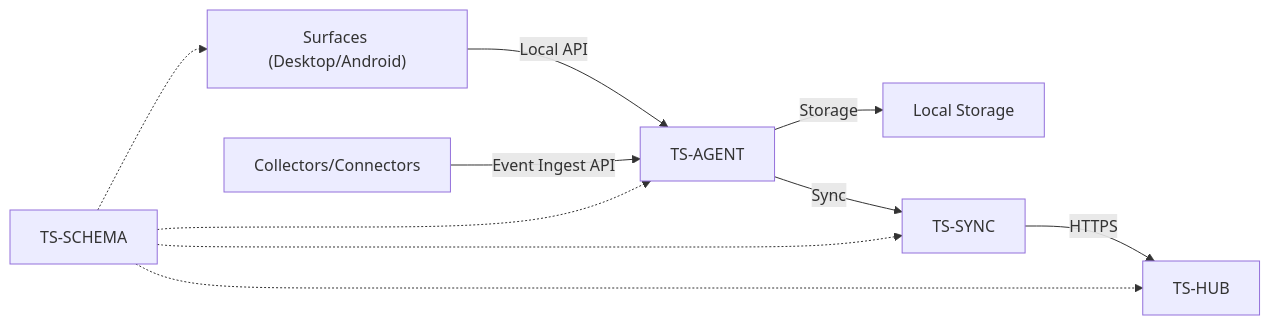
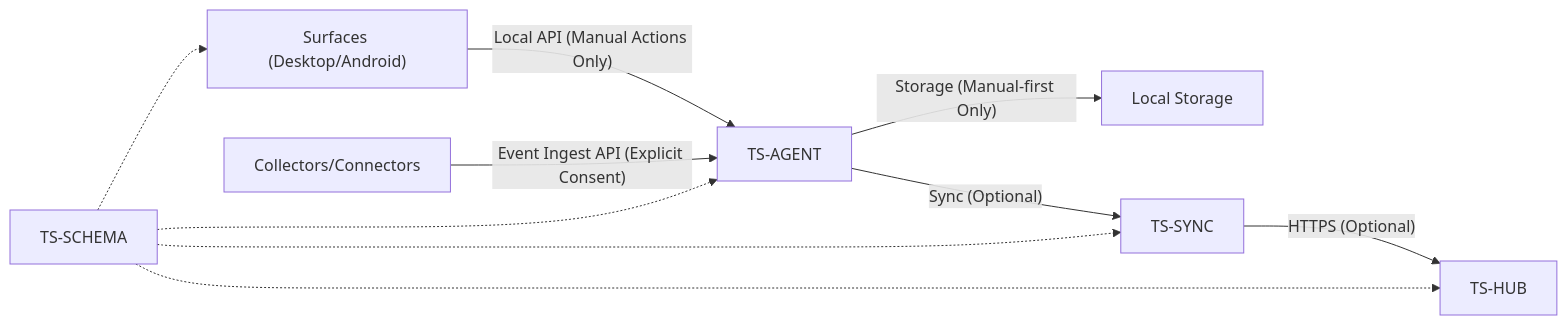
Before and after one commit to asukhodko/timeskein: the fourth of 4 diagrams in .qoder/repowiki/en/content/Development Roadmap.md, drawn with Mermaid. The commit also changed other lines of this file and 8 other files, not shown here.

First line of the commit message:
docs(architecture): adopt manual-first philosophy as core architectural foundation

````diff
--- a/.qoder/repowiki/en/content/Development Roadmap.md
+++ b/.qoder/repowiki/en/content/Development Roadmap.md
@@ -247,12 +304,12 @@
 ```mermaid
 graph LR
-SURF["Surfaces (Desktop/Android)"] --> |Local API| AG["TS-AGENT"]
-COL["Collectors/Connectors"] --> |Event Ingest API| AG
-AG --> |Storage| DB["Local Storage"]
-AG --> |Sync| SYNC["TS-SYNC"]
-SYNC --> |HTTPS| HUB["TS-HUB"]
+SURF["Surfaces (Desktop/Android)"] --> |"Local API (Manual Actions Only)"| AG["TS-AGENT"]
+COL["Collectors/Connectors"] --> |"Event Ingest API (Explicit Consent)"| AG
+AG --> |"Storage (Manual-first Only)"| DB["Local Storage"]
+AG --> |"Sync (Optional)"| SYNC["TS-SYNC"]
+SYNC --> |"HTTPS (Optional)"| HUB["TS-HUB"]
 SCHEMA["TS-SCHEMA"] -.-> SURF
 SCHEMA -.-> AG
 SCHEMA -.-> SYNC
 SCHEMA -.-> HUB
 ```
````
